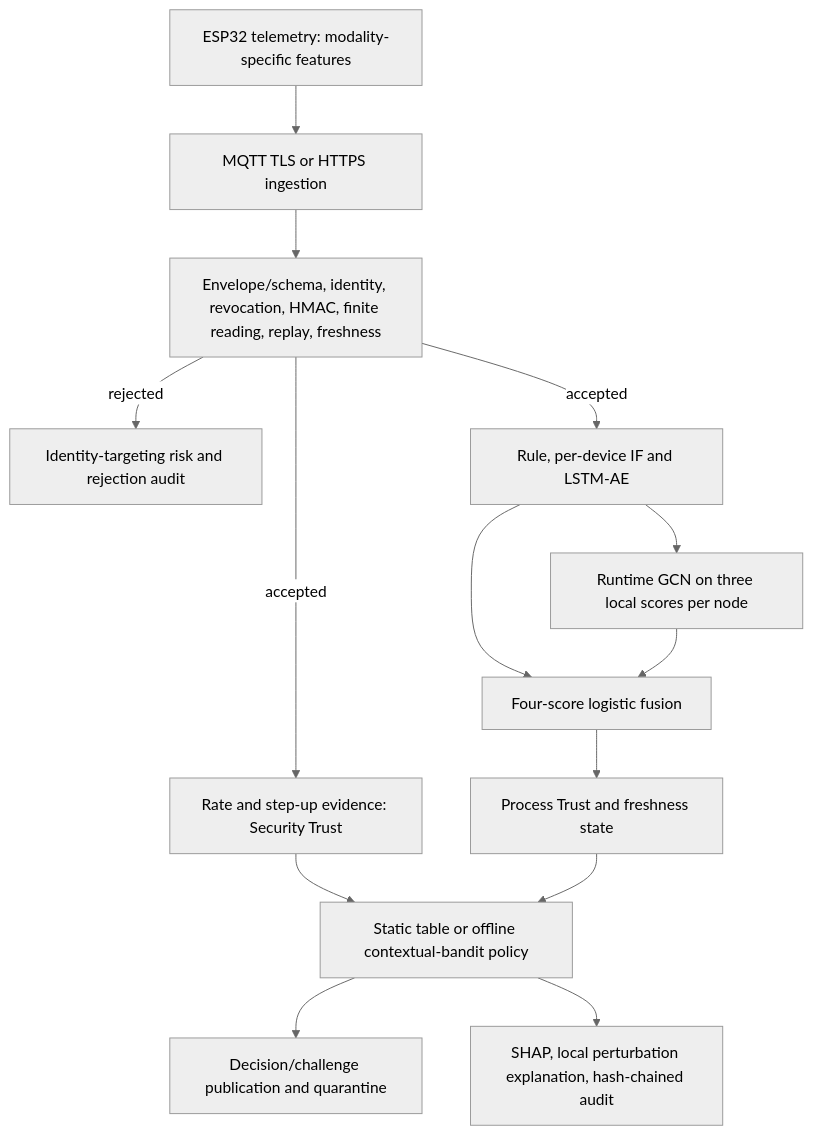
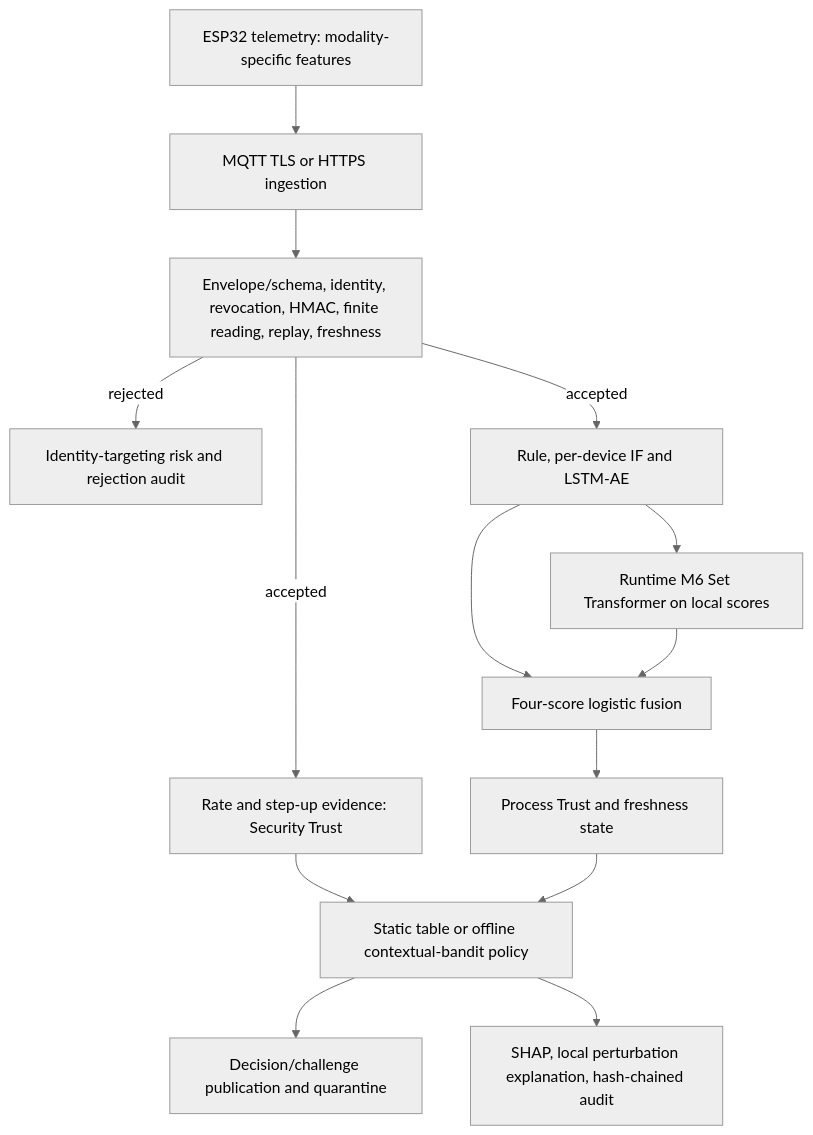
Before and after one commit to mritula2311/Zero-Trust-CPS: the diagram in docs/paper/02_SYSTEM_ARCHITECTURE.md, drawn with Mermaid (neutral theme). The commit also changed other lines of this file and 49 other files, not shown here.

````diff
--- a/docs/paper/02_SYSTEM_ARCHITECTURE.md
+++ b/docs/paper/02_SYSTEM_ARCHITECTURE.md
@@ -8,16 +8,16 @@
 ```mermaid
 flowchart TD
   F[ESP32 telemetry: modality-specific features] --> T[MQTT TLS or HTTPS ingestion]
   T --> A[Envelope/schema, identity, revocation, HMAC, finite reading, replay, freshness]
   A -->|rejected| R[Identity-targeting risk and rejection audit]
   A -->|accepted| S[Rate and step-up evidence: Security Trust]
   A -->|accepted| L[Rule, per-device IF and LSTM-AE]
-  L --> G[Runtime GCN on three local scores per node]
+  L --> G[Runtime M6 Set Transformer on local scores]
   L --> U[Four-score logistic fusion]
   G --> U
   U --> P[Process Trust and freshness state]
   S --> D[Static table or offline contextual-bandit policy]
   P --> D
   D --> E[Decision/challenge publication and quarantine]
   D --> X[SHAP, local perturbation explanation, hash-chained audit]
 ```
````
